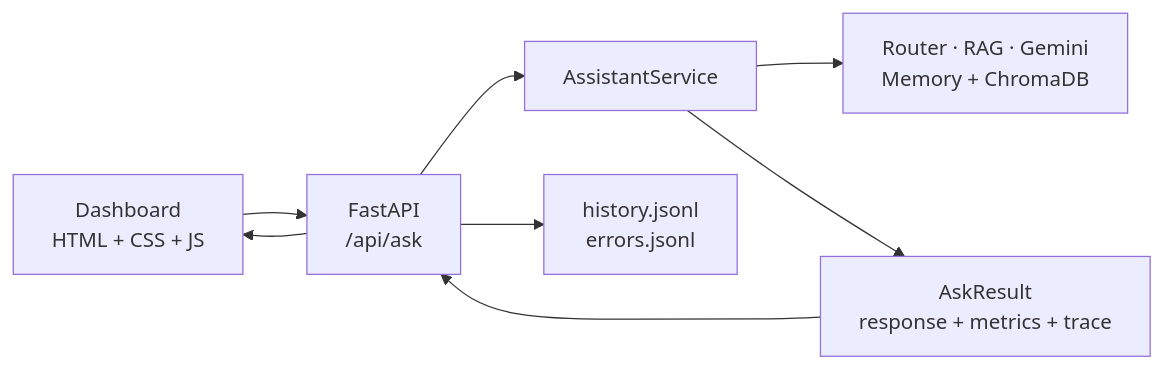
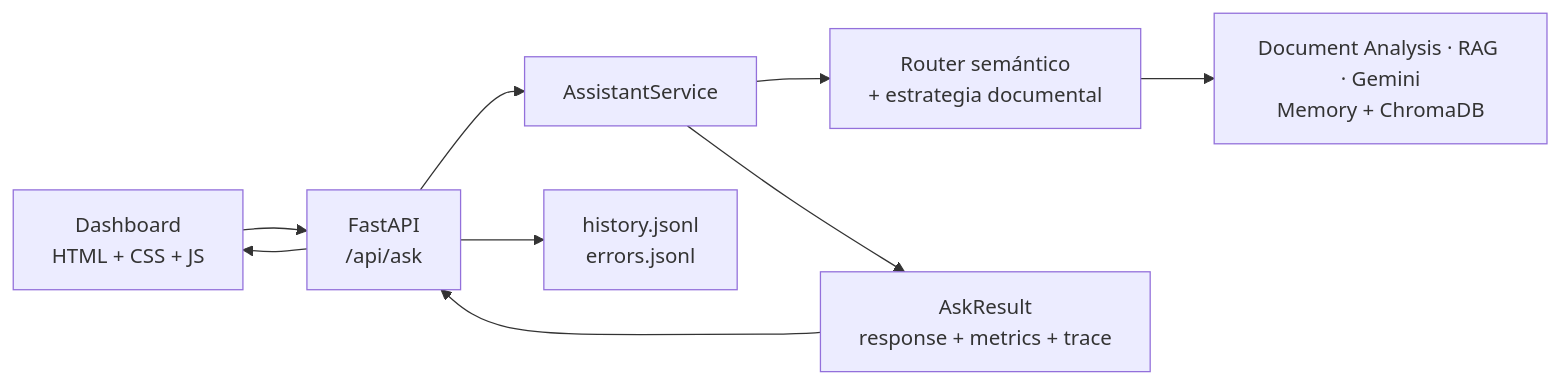
Before and after one commit to misikss/llm-cli: the fourth of 4 diagrams in README.md, drawn with Mermaid. The commit also changed other lines of this file and 14 other files, not shown here.

Commit message:
Cierra pipeline documental y aisla usuarios del dashboard

````diff
--- a/README.md
+++ b/README.md
@@ -212,10 +248,11 @@
 ```mermaid
 flowchart LR
     Browser["Dashboard<br/>HTML + CSS + JS"] --> API["FastAPI<br/>/api/ask"]
     API --> Service["AssistantService"]
-    Service --> Pipeline["Router · RAG · Gemini<br/>Memory + ChromaDB"]
+    Service --> Planner["Router semántico<br/>+ estrategia documental"]
+    Planner --> Pipeline["Document Analysis · RAG · Gemini<br/>Memory + ChromaDB"]
     Service --> JSON["AskResult<br/>response + metrics + trace"]
     JSON --> API
     API --> Browser
     API --> Logs["history.jsonl<br/>errors.jsonl"]
 ```
````
